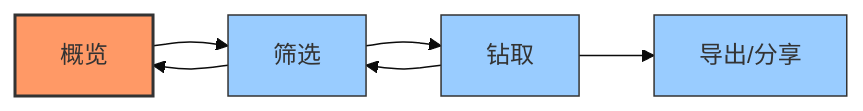
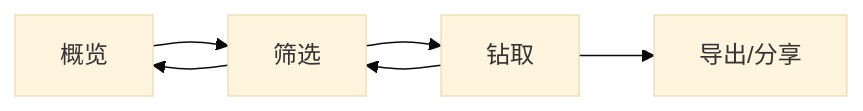
One commit to amcoimg/my-digital-garden changed the first of 3 diagrams in src/site/notes/08-财务专业/财务BI看板项目/设计稿/交互设计/财务看板交互指南.md. Above: the diagram before and after it, drawn with Mermaid (base theme). The commit also changed other lines of this file and 2 other files, not shown here.

````diff
--- a/src/site/notes/08-财务专业/财务BI看板项目/设计稿/交互设计/财务看板交互指南.md
+++ b/src/site/notes/08-财务专业/财务BI看板项目/设计稿/交互设计/财务看板交互指南.md
@@ -28,13 +28,8 @@
 ```mermaid
 graph LR
     A[概览] --> B[筛选]
     B --> C[钻取]
     C --> D[导出/分享]
     C --> B
     B --> A
-    
-    style A fill:#f96,stroke:#333,stroke-width:2px
-    style B fill:#9cf,stroke:#333,stroke-width:1px
-    style C fill:#9cf,stroke:#333,stroke-width:1px
-    style D fill:#9cf,stroke:#333,stroke-width:1px
 ```
````
